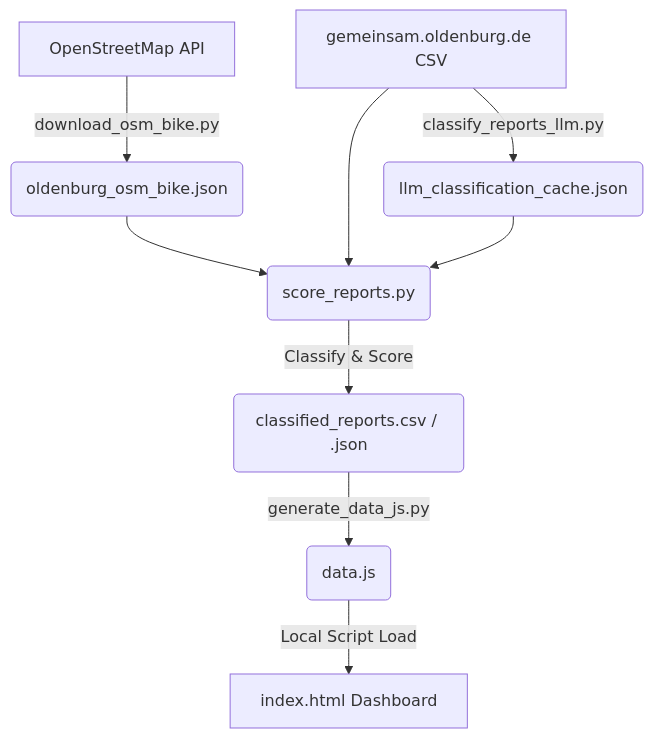
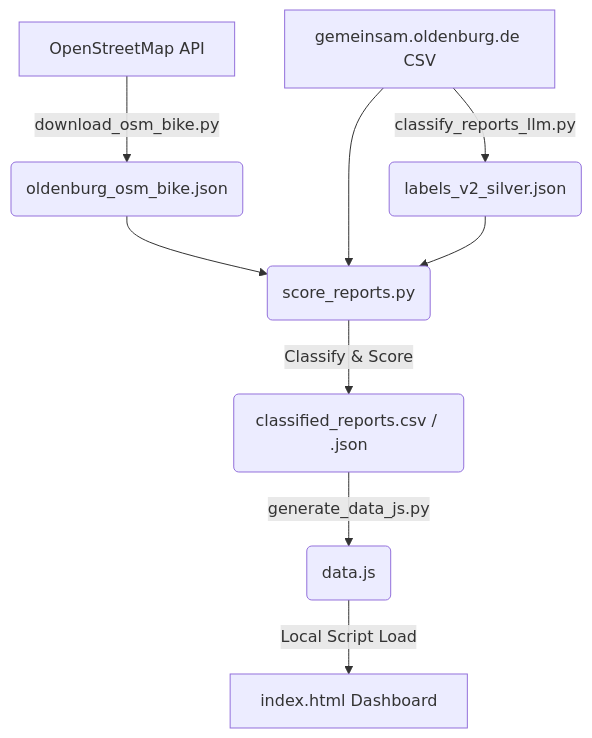
One commit to Fatih0234/oldenburg-stadt changed the diagram in README.md. Above: the diagram before and after it, drawn with Mermaid. The commit also changed other lines of this file and 3 other files, not shown here.

````diff
--- a/README.md
+++ b/README.md
@@ -13,11 +13,11 @@
 ```mermaid
 graph TD
     A[OpenStreetMap API] -->|download_osm_bike.py| B(oldenburg_osm_bike.json)
-    C[gemeinsam.oldenburg.de CSV] -->|classify_reports_llm.py| D(llm_classification_cache.json)
+    C[gemeinsam.oldenburg.de CSV] -->|classify_reports_llm.py| D(labels_v2_silver.json)
     B --> E(score_reports.py)
     C --> E
     D --> E
     E -->|Classify & Score| F(classified_reports.csv / .json)
     F -->|generate_data_js.py| G(data.js)
     G -->|Local Script Load| H[index.html Dashboard]
 ```
````
